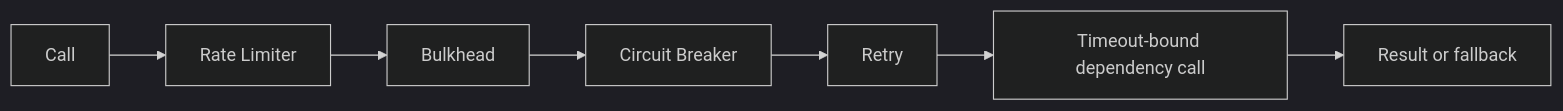
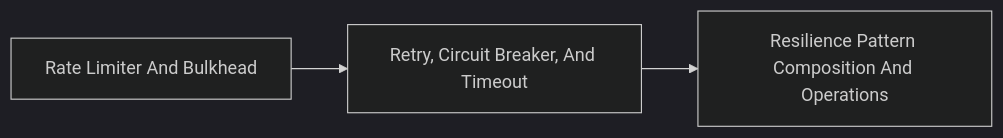
One commit to taukhir/shopverse changed the diagram in documentation/docs/reliability/RESILIENCE4J-GENERIC.md. Above: the diagram before and after it, drawn with Mermaid (dark theme). The commit also changed other lines of this file and 370 other files, not shown here.

Commit message:
Refactor shopverse checkout and catalog flows

````diff
--- a/documentation/docs/reliability/RESILIENCE4J-GENERIC.md
+++ b/documentation/docs/reliability/RESILIENCE4J-GENERIC.md
@@ -516,9 +19,8 @@
 ```mermaid
 flowchart LR
-    CALL["Call"] --> RATE["Rate Limiter"]
-    RATE --> BULK["Bulkhead"]
-    BULK --> BREAKER["Circuit Breaker"]
-    BREAKER --> RETRY["Retry"]
-    RETRY --> TIMEOUT["Timeout-bound dependency call"]
-    TIMEOUT --> RESULT["Result or fallback"]
+    P1["Rate Limiter And Bulkhead"]
+    P2["Retry, Circuit Breaker, And Timeout"]
+    P3["Resilience Pattern Composition And Operations"]
+    P1 --> P2
+    P2 --> P3
 ```
````
